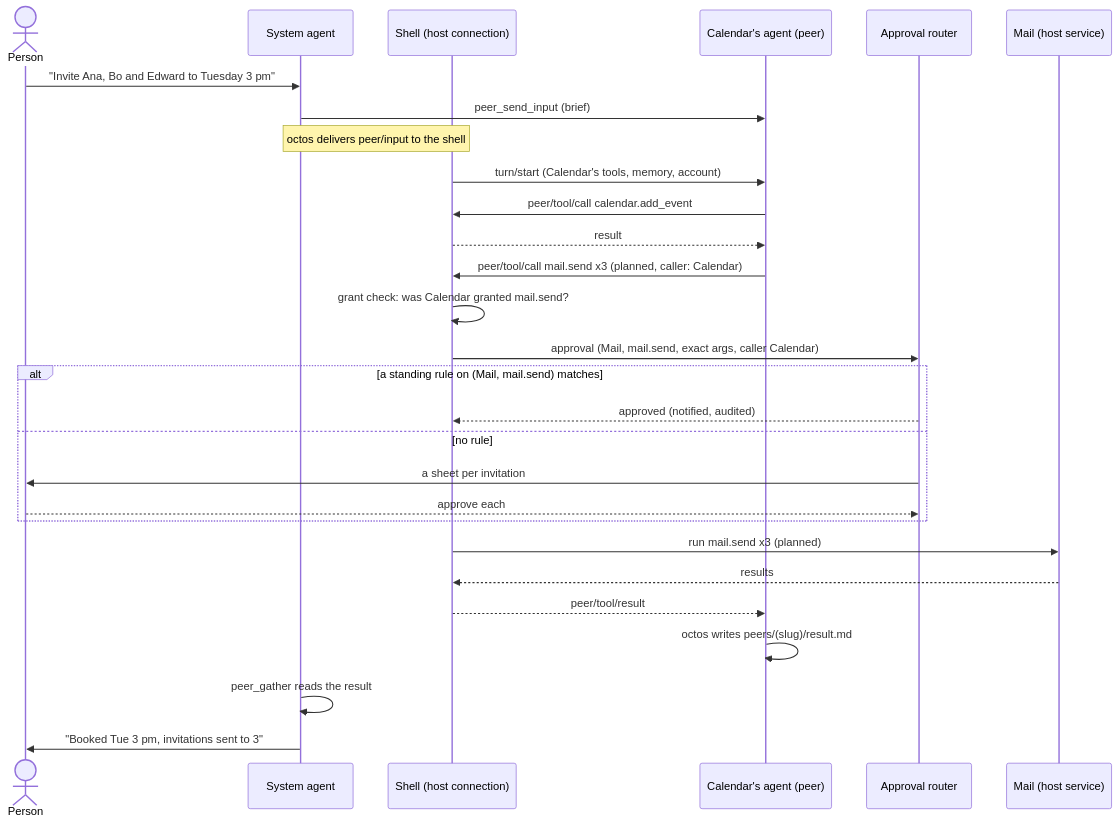
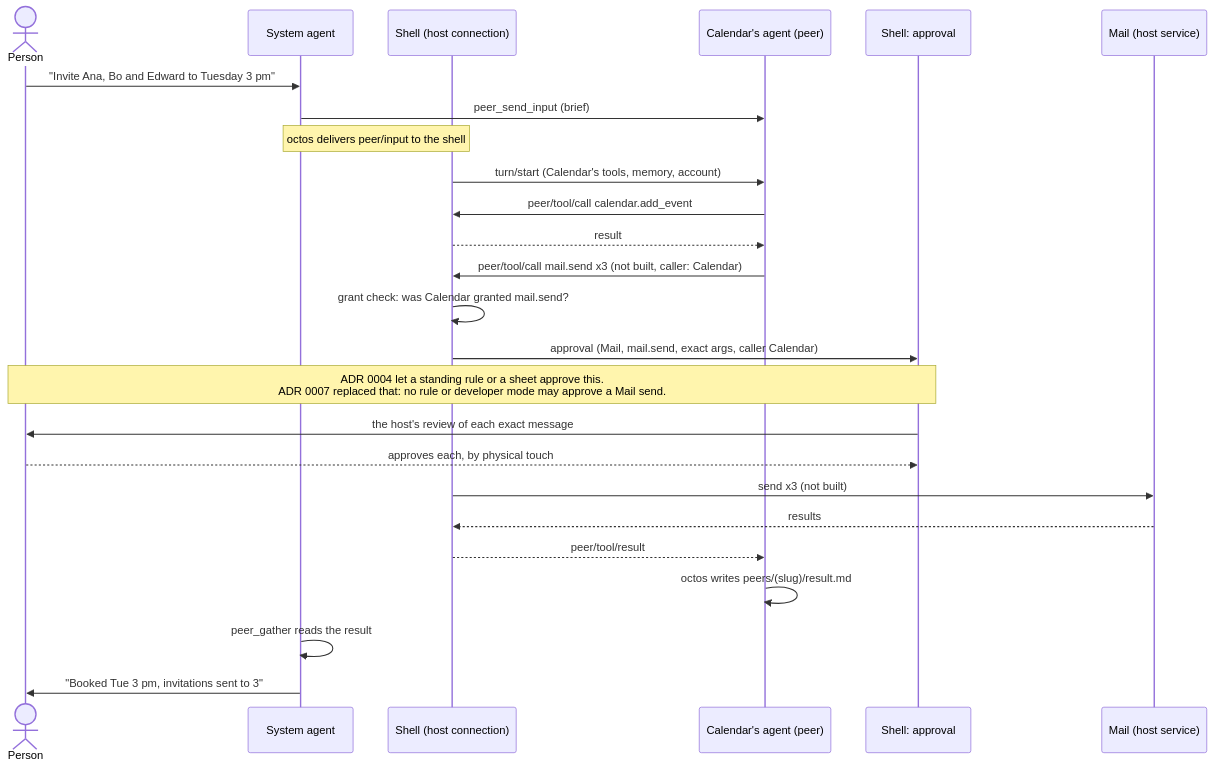
Before and after one commit to OctoSense-org/OctoSense: the fifth of 5 diagrams in docs/architecture.md, drawn with Mermaid. The commit also changed other lines of this file and 9 other files, not shown here.

````diff
--- a/docs/architecture.md
+++ b/docs/architecture.md
@@ -414,30 +419,27 @@
 ```mermaid
 sequenceDiagram
   actor P as Person
   participant S as System agent
   participant SH as Shell (host connection)
   participant C as Calendar's agent (peer)
-  participant R as Approval router
+  participant R as Shell: approval
   participant M as Mail (host service)
   P->>S: "Invite Ana, Bo and Edward to Tuesday 3 pm"
   S->>C: peer_send_input (brief)
   Note over S,SH: octos delivers peer/input to the shell
   SH->>C: turn/start (Calendar's tools, memory, account)
   C->>SH: peer/tool/call calendar.add_event
   SH-->>C: result
-  C->>SH: peer/tool/call mail.send x3 (planned, caller: Calendar)
+  C->>SH: peer/tool/call mail.send x3 (not built, caller: Calendar)
   SH->>SH: grant check: was Calendar granted mail.send?
   SH->>R: approval (Mail, mail.send, exact args, caller Calendar)
-  alt a standing rule on (Mail, mail.send) matches
-    R-->>SH: approved (notified, audited)
-  else no rule
-    R->>P: a sheet per invitation
-    P-->>R: approve each
-  end
-  SH->>M: run mail.send x3 (planned)
+  Note over R,P: ADR 0004 let a standing rule or a sheet approve this.<br/>ADR 0007 replaced that: no rule or developer mode may approve a Mail send.
+  R->>P: the host's review of each exact message
+  P-->>R: approves each, by physical touch
+  SH->>M: send x3 (not built)
   M-->>SH: results
   SH-->>C: peer/tool/result
   C->>C: octos writes peers/(slug)/result.md
   S->>S: peer_gather reads the result
   S->>P: "Booked Tue 3 pm, invitations sent to 3"
 ```
````
